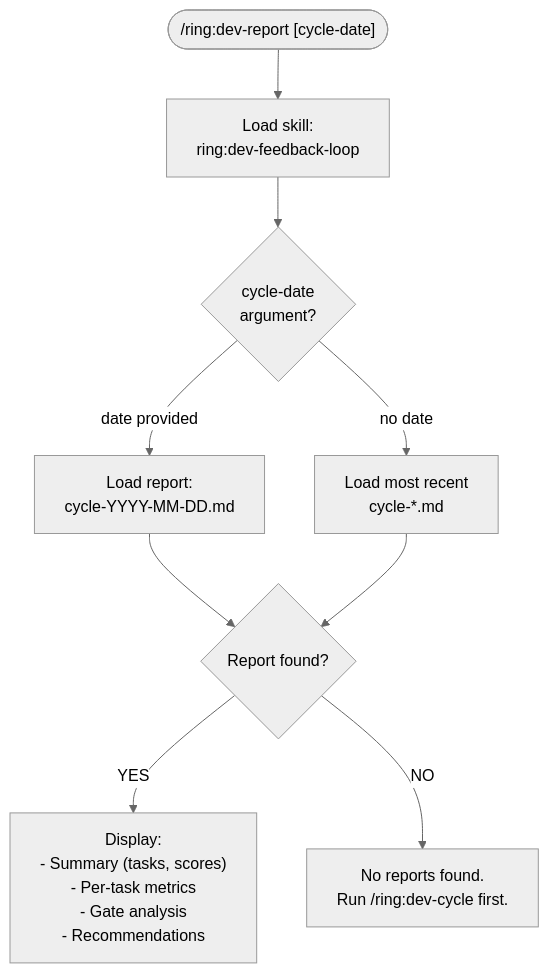
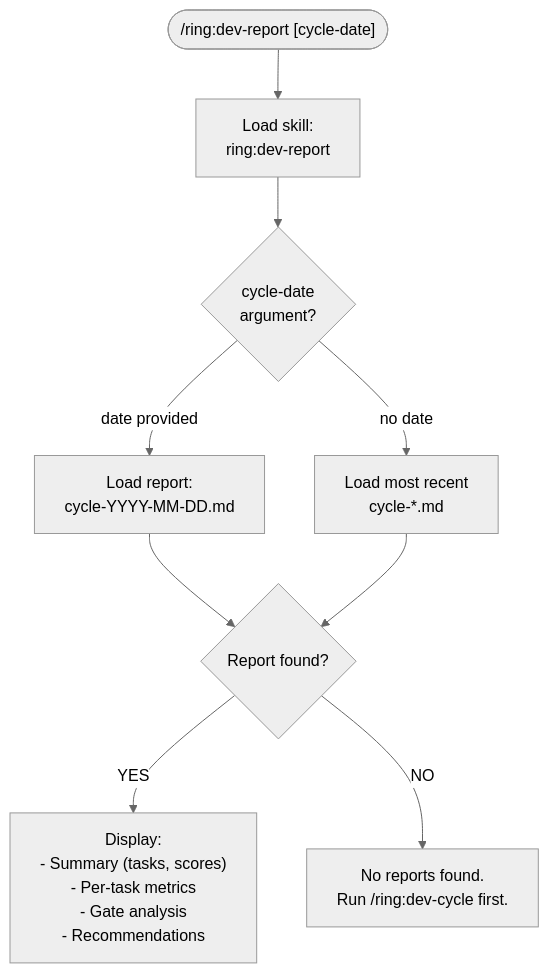
Before and after one commit to alexgarzao/ring: diagram 19 of 21 in dev-team/docs/dependency-diagrams.md, drawn with Mermaid (neutral theme). The commit also changed other lines of this file and 131 other files, not shown here.

````diff
--- a/dev-team/docs/dependency-diagrams.md
+++ b/dev-team/docs/dependency-diagrams.md
@@ -884,23 +884,23 @@
 ```mermaid
 flowchart TD
     start(["/ring:dev-report [cycle-date]"])
 
-    loadSkill["Load skill:<br/>ring:dev-feedback-loop"]
+    loadSkill["Load skill:<br/>ring:dev-report"]
 
     dateCheck{"cycle-date<br/>argument?"}
     specific["Load report:<br/>cycle-YYYY-MM-DD.md"]
     latest["Load most recent<br/>cycle-*.md"]
 
     exists{"Report found?"}
     noReport["No reports found.<br/>Run /ring:dev-cycle first."]
 
     display["Display:<br/>- Summary (tasks, scores)<br/>- Per-task metrics<br/>- Gate analysis<br/>- Recommendations"]
 
     start --> loadSkill --> dateCheck
     dateCheck -->|"date provided"| specific
     dateCheck -->|"no date"| latest
     specific --> exists
     latest --> exists
     exists -->|"YES"| display
     exists -->|"NO"| noReport
 ```
````
